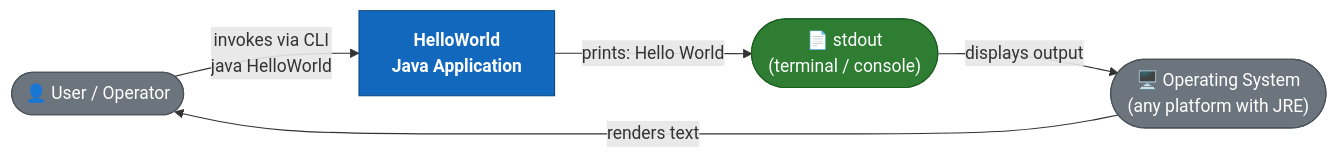
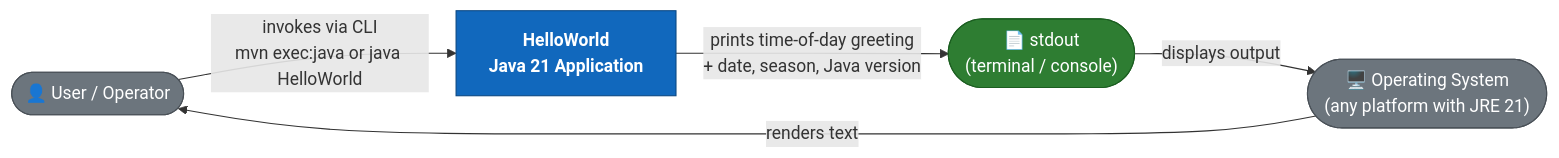
One commit to ktruchcz/copilot-test-ktruchcz changed the first of 15 diagrams in arc42-documentation.md. Above: the diagram before and after it, drawn with Mermaid. The commit also changed other lines of this file and 8 other files, not shown here.

````diff
--- a/arc42-documentation.md
+++ b/arc42-documentation.md
@@ -97,16 +100,16 @@
 ```mermaid
 graph LR
     classDef system fill:#1168BD,stroke:#0B4884,color:#fff,font-weight:bold
     classDef external fill:#6C757D,stroke:#495057,color:#fff
     classDef io fill:#2E7D32,stroke:#1B5E20,color:#fff
 
     User(["👤 User / Operator"]):::external
-    OS(["🖥️ Operating System\n(any platform with JRE)"]):::external
-    App["HelloWorld\nJava Application"]:::system
+    OS(["🖥️ Operating System\n(any platform with JRE 21)"]):::external
+    App["HelloWorld\nJava 21 Application"]:::system
     Stdout(["📄 stdout\n(terminal / console)"]):::io
 
-    User -->|"invokes via CLI\njava HelloWorld"| App
-    App -->|"prints: Hello World"| Stdout
+    User -->|"invokes via CLI\nmvn exec:java or java HelloWorld"| App
+    App -->|"prints time-of-day greeting\n+ date, season, Java version"| Stdout
     Stdout -->|"displays output"| OS
     OS -->|"renders text"| User
 ```
````
